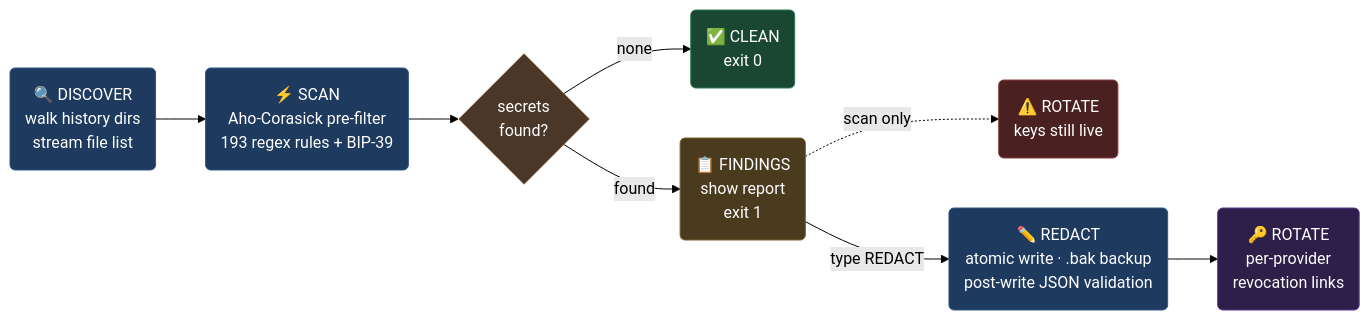
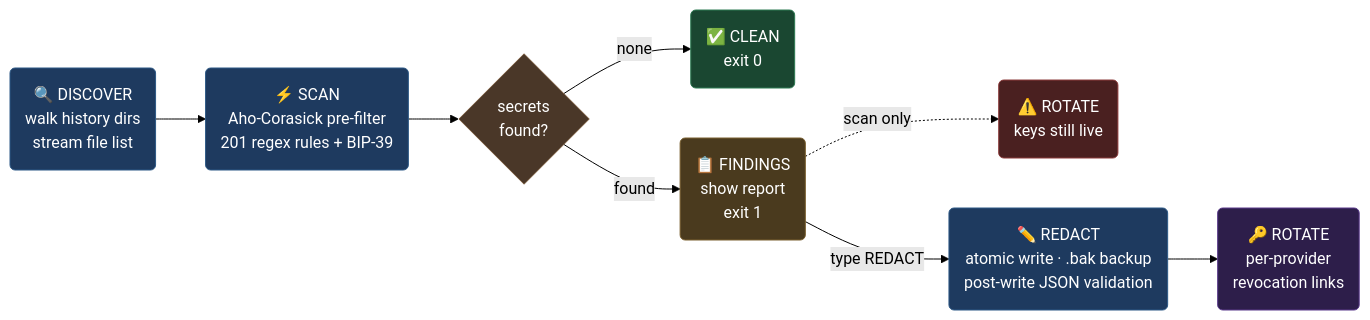
The diagram in README.md (AhmadBilalDSA/agent-sweep), drawn with Mermaid (forest theme) before and after one commit. The commit also changed other lines of this file, not shown here.

````diff
--- a/README.md
+++ b/README.md
@@ -73,19 +73,19 @@
 ```mermaid
 flowchart LR
-    A("🔍 DISCOVER\nwalk history dirs\nstream file list") --> B("⚡ SCAN\nAho-Corasick pre-filter\n193 regex rules + BIP-39")
+    A("🔍 DISCOVER\nwalk history dirs\nstream file list") --> B("⚡ SCAN\nAho-Corasick pre-filter\n201 regex rules + BIP-39")
     B --> C{"secrets\nfound?"}
     C -- "none" --> D("✅ CLEAN\nexit 0")
     C -- "found" --> E("📋 FINDINGS\nshow report\nexit 1")
     E -. "scan only" .-> F("⚠️ ROTATE\nkeys still live")
     E -- "type REDACT" --> G("✏️ REDACT\natomic write · .bak backup\npost-write JSON validation")
     G --> H("🔑 ROTATE\nper-provider\nrevocation links")
 
     style A fill:#1e3a5f,color:#fff,stroke:#2d5986
     style B fill:#1e3a5f,color:#fff,stroke:#2d5986
     style C fill:#4a3728,color:#fff,stroke:#7a5c3f
     style D fill:#1a4731,color:#fff,stroke:#2d7a52
     style E fill:#4a3a1e,color:#fff,stroke:#7a6030
     style F fill:#4a2020,color:#fff,stroke:#8b3a3a
     style G fill:#1e3a5f,color:#fff,stroke:#2d5986
     style H fill:#2d1e4a,color:#fff,stroke:#5a3a8b
 ```
````
